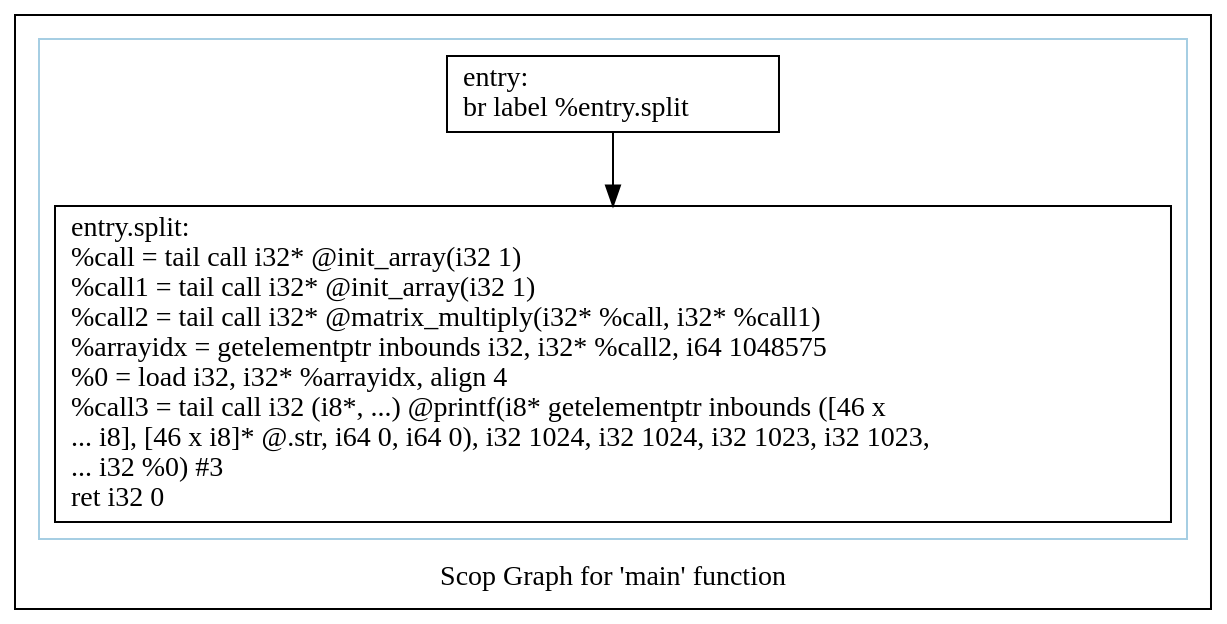
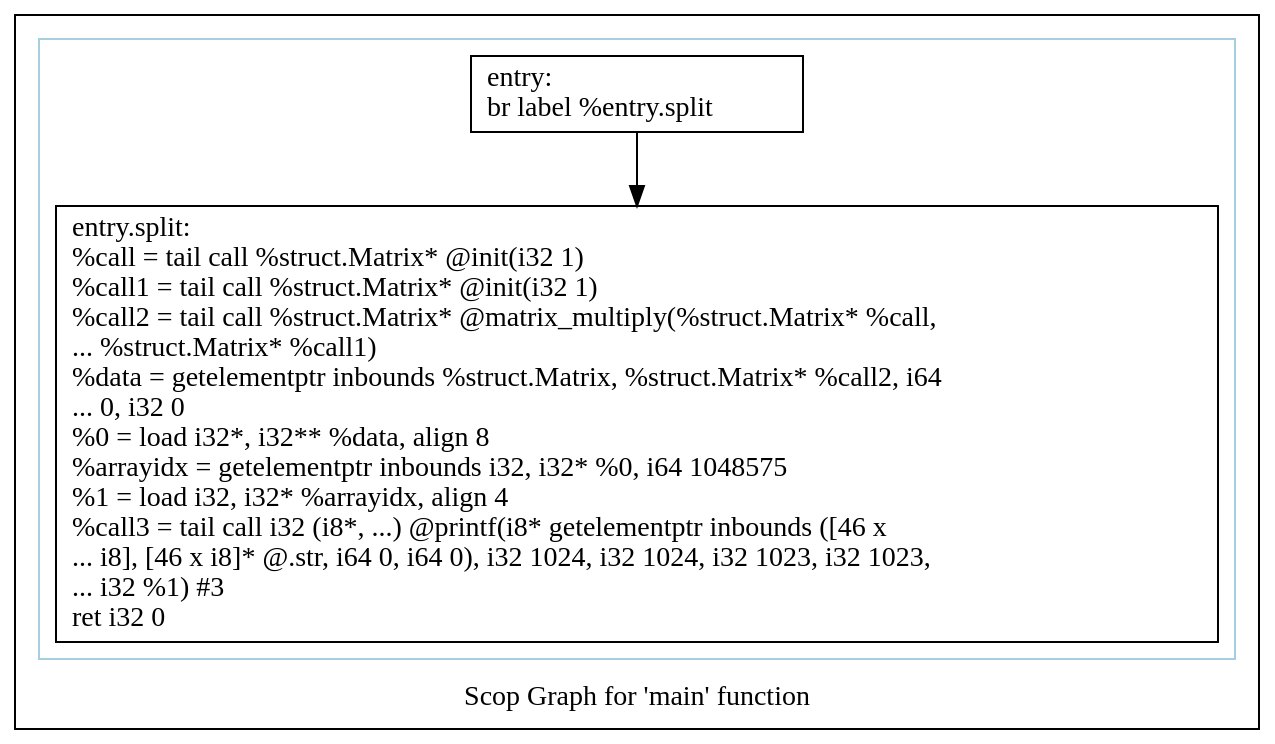
The diagram in polly/MatrixMult/impl/handwritten2/dot/scops.main.dot (samminweng/WhileyOpenCL), drawn with Graphviz before and after one commit. The commit also changed 38 other files, not shown here.

```diff
--- a/polly/MatrixMult/impl/handwritten2/dot/scops.main.dot
+++ b/polly/MatrixMult/impl/handwritten2/dot/scops.main.dot
@@ -1,15 +1,15 @@
 digraph "Scop Graph for 'main' function" {
 	label="Scop Graph for 'main' function";
 
-	Node0x5f42650 [shape=record,label="{entry:\l  br label %entry.split\l}"];
-	Node0x5f42650 -> Node0x5f23e60;
-	Node0x5f23e60 [shape=record,label="{entry.split:                                      \l  %call = tail call i32* @init_array(i32 1)\l  %call1 = tail call i32* @init_array(i32 1)\l  %call2 = tail call i32* @matrix_multiply(i32* %call, i32* %call1)\l  %arrayidx = getelementptr inbounds i32, i32* %call2, i64 1048575\l  %0 = load i32, i32* %arrayidx, align 4\l  %call3 = tail call i32 (i8*, ...) @printf(i8* getelementptr inbounds ([46 x\l... i8], [46 x i8]* @.str, i64 0, i64 0), i32 1024, i32 1024, i32 1023, i32 1023,\l... i32 %0) #3\l  ret i32 0\l}"];
+	Node0x5b9cb00 [shape=record,label="{entry:\l  br label %entry.split\l}"];
+	Node0x5b9cb00 -> Node0x5b9d4c0;
+	Node0x5b9d4c0 [shape=record,label="{entry.split:                                      \l  %call = tail call %struct.Matrix* @init(i32 1)\l  %call1 = tail call %struct.Matrix* @init(i32 1)\l  %call2 = tail call %struct.Matrix* @matrix_multiply(%struct.Matrix* %call,\l... %struct.Matrix* %call1)\l  %data = getelementptr inbounds %struct.Matrix, %struct.Matrix* %call2, i64\l... 0, i32 0\l  %0 = load i32*, i32** %data, align 8\l  %arrayidx = getelementptr inbounds i32, i32* %0, i64 1048575\l  %1 = load i32, i32* %arrayidx, align 4\l  %call3 = tail call i32 (i8*, ...) @printf(i8* getelementptr inbounds ([46 x\l... i8], [46 x i8]* @.str, i64 0, i64 0), i32 1024, i32 1024, i32 1023, i32 1023,\l... i32 %1) #3\l  ret i32 0\l}"];
 	colorscheme = "paired12"
-        subgraph cluster_0x5f475b0 {
+        subgraph cluster_0x5bb4310 {
           label = "";
           style = solid;
           color = 1
-          Node0x5f42650;
-          Node0x5f23e60;
+          Node0x5b9cb00;
+          Node0x5b9d4c0;
         }
 }
```
